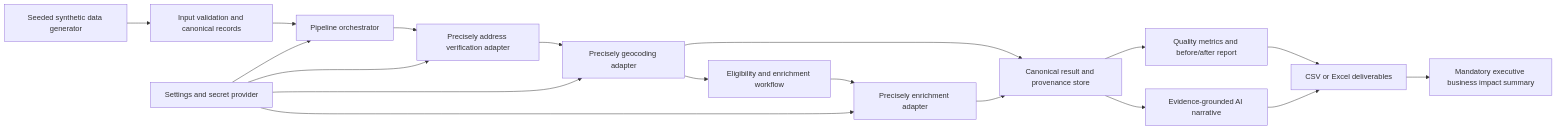
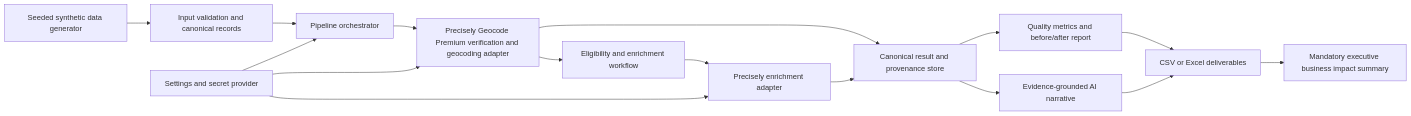
One commit to voyerdavid08-collab/address-intelligence-platform changed the diagram in docs/PROJECT_PLAN.md. Above: the diagram before and after it, drawn with Mermaid. The commit also changed other lines of this file and 10 other files, not shown here.

````diff
--- a/docs/PROJECT_PLAN.md
+++ b/docs/PROJECT_PLAN.md
@@ -127,20 +129,18 @@
 ```mermaid
 flowchart LR
     A[Seeded synthetic data generator] --> B[Input validation and canonical records]
     B --> C[Pipeline orchestrator]
-    C --> D[Precisely address verification adapter]
-    D --> E[Precisely geocoding adapter]
-    E --> F[Eligibility and enrichment workflow]
-    F --> G[Precisely enrichment adapter]
-    E --> H[Canonical result and provenance store]
-    G --> H
+    C --> D[Precisely Geocode Premium verification and geocoding adapter]
+    D --> E[Eligibility and enrichment workflow]
+    E --> F[Precisely enrichment adapter]
+    D --> H[Canonical result and provenance store]
+    F --> H
     H --> I[Quality metrics and before/after report]
     H --> J[Evidence-grounded AI narrative]
     I --> K[CSV or Excel deliverables]
     J --> K
     K --> L[Mandatory executive business impact summary]
     M[Settings and secret provider] --> C
     M --> D
-    M --> E
-    M --> G
+    M --> F
 ```
````
